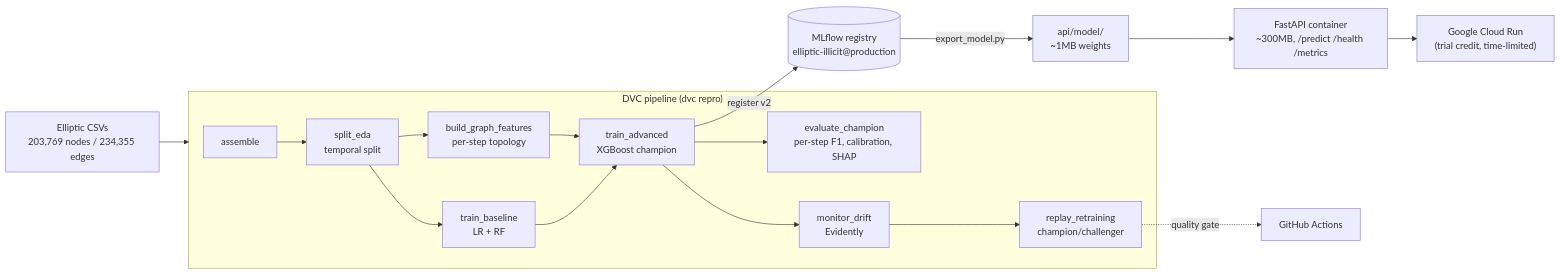
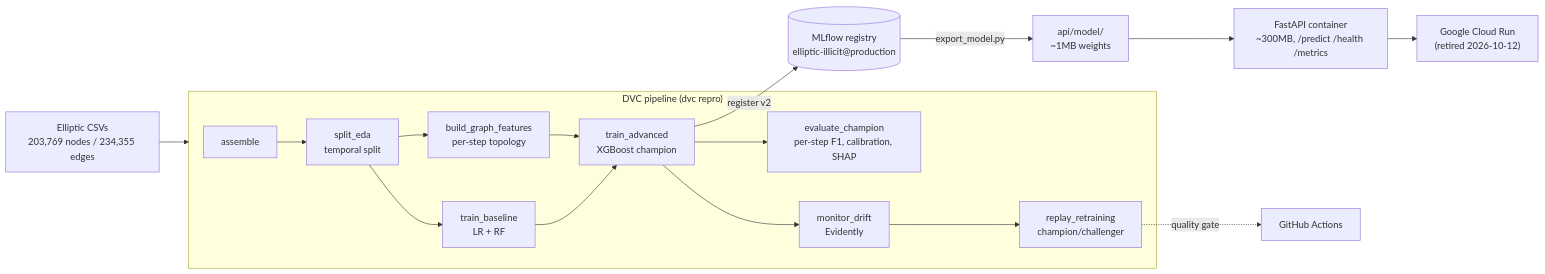
One commit to mahendra-kausik/ellipticGuard changed the diagram in README.md. Above: the diagram before and after it, drawn with Mermaid. The commit also changed other lines of this file, not shown here.

Commit message:
Retire Cloud Run live URL (GCP trial ended)

````diff
--- a/README.md
+++ b/README.md
@@ -17,19 +17,19 @@
 ```mermaid
 flowchart LR
     RAW["Elliptic CSVs<br/>203,769 nodes / 234,355 edges"] --> DVC
     subgraph DVC["DVC pipeline (dvc repro)"]
         A[assemble] --> S[split_eda<br/>temporal split]
         S --> B[train_baseline<br/>LR + RF]
         S --> G[build_graph_features<br/>per-step topology]
         G --> X[train_advanced<br/>XGBoost champion]
         B --> X
         X --> E[evaluate_champion<br/>per-step F1, calibration, SHAP]
         X --> M[monitor_drift<br/>Evidently]
         M --> R[replay_retraining<br/>champion/challenger]
     end
     X -->|register v2| REG[("MLflow registry<br/>elliptic-illicit@production")]
     REG -->|export_model.py| W["api/model/<br/>~1MB weights"]
     W --> API["FastAPI container<br/>~300MB, /predict /health /metrics"]
-    API --> CR["Google Cloud Run<br/>(trial credit, time-limited)"]
+    API --> CR["Google Cloud Run<br/>(retired 2026-10-12)"]
     R -.->|quality gate| CI["GitHub Actions"]
 ```
````
